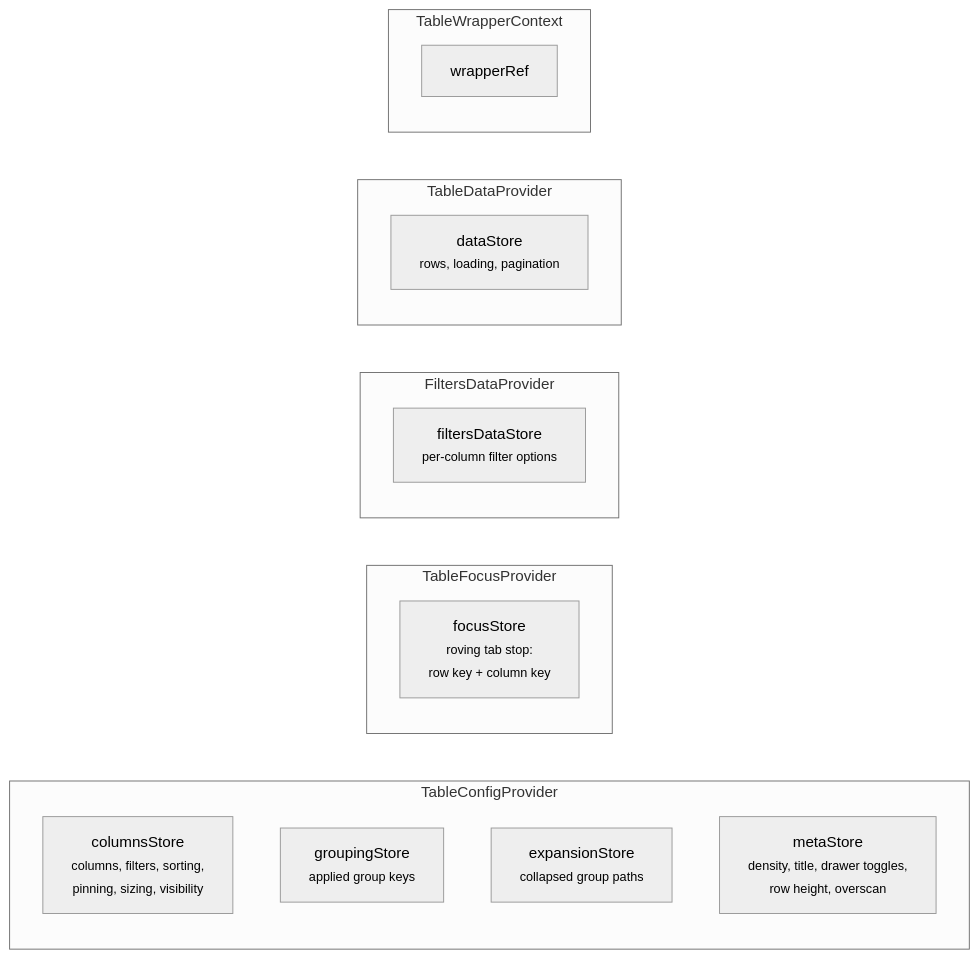
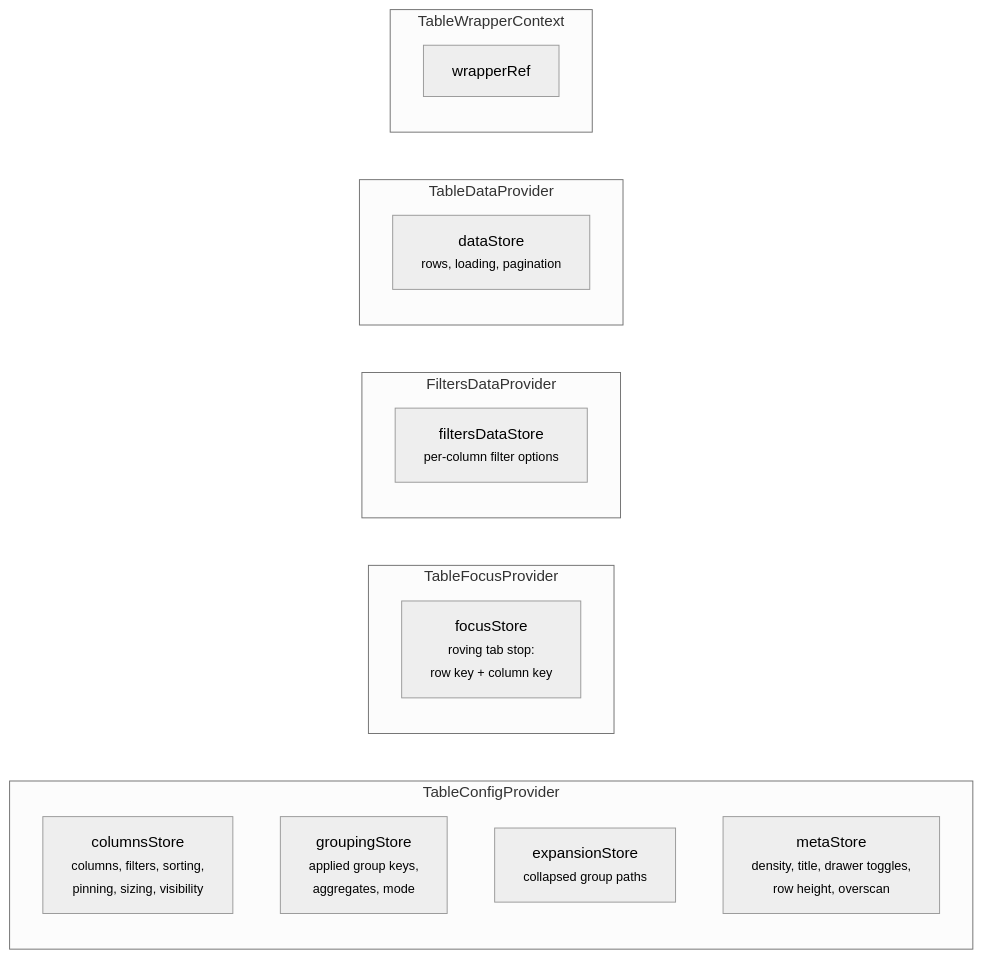
Before and after one commit to luciocabrera/lcabrera-stack: the second of 4 diagrams in packages/ui/src/components/Table/ARCHITECTURE.md, drawn with Mermaid (neutral theme). The commit also changed other lines of this file and 157 other files, not shown here.

````diff
--- a/packages/ui/src/components/Table/ARCHITECTURE.md
+++ b/packages/ui/src/components/Table/ARCHITECTURE.md
@@ -89,25 +89,25 @@
 ```mermaid
 graph LR
   subgraph "TableConfigProvider"
     CS["columnsStore<br/><small>columns, filters, sorting,<br/>pinning, sizing, visibility</small>"]
-    GS["groupingStore<br/><small>applied group keys</small>"]
+    GS["groupingStore<br/><small>applied group keys,<br/>aggregates, mode</small>"]
     ES["expansionStore<br/><small>collapsed group paths</small>"]
     MS["metaStore<br/><small>density, title, drawer toggles,<br/>row height, overscan</small>"]
   end
 
   subgraph "TableFocusProvider"
     FoS["focusStore<br/><small>roving tab stop:<br/>row key + column key</small>"]
   end
 
   subgraph "FiltersDataProvider"
     FS["filtersDataStore<br/><small>per-column filter options</small>"]
   end
 
   subgraph "TableDataProvider"
     DS["dataStore<br/><small>rows, loading, pagination</small>"]
   end
 
   subgraph "TableWrapperContext"
     WR["wrapperRef"]
   end
 ```
````
